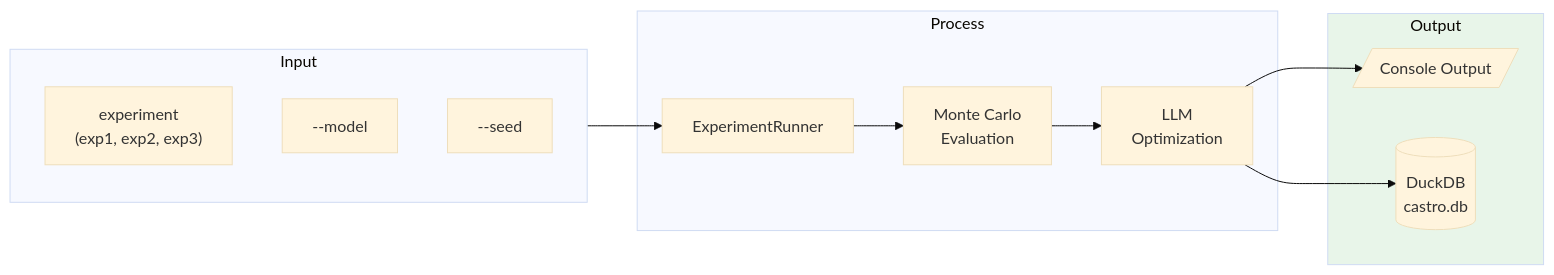
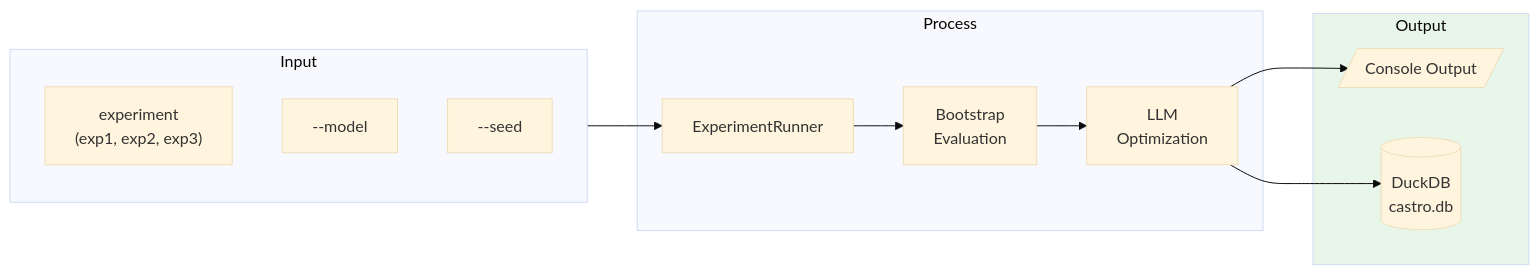
One commit to aerugo/SimCash changed the first of 5 diagrams in docs/reference/castro/cli-commands.md. Above: the diagram before and after it, drawn with Mermaid (base theme). The commit also changed other lines of this file and 9 other files, not shown here.

````diff
--- a/docs/reference/castro/cli-commands.md
+++ b/docs/reference/castro/cli-commands.md
@@ -37,27 +37,27 @@
 ```mermaid
 flowchart LR
     subgraph Input
         Exp["experiment<br/>(exp1, exp2, exp3)"]
         Model["--model"]
         Seed["--seed"]
     end
 
     subgraph Process
         Runner["ExperimentRunner"]
-        MC["Monte Carlo<br/>Evaluation"]
+        BS["Bootstrap<br/>Evaluation"]
         LLM["LLM<br/>Optimization"]
     end
 
     subgraph Output
         Console[/"Console Output"/]
         DB[("DuckDB<br/>castro.db")]
     end
 
     Input --> Runner
-    Runner --> MC
-    MC --> LLM
+    Runner --> BS
+    BS --> LLM
     LLM --> Console
     LLM --> DB
 
     style Output fill:#e8f5e9
 ```
````
